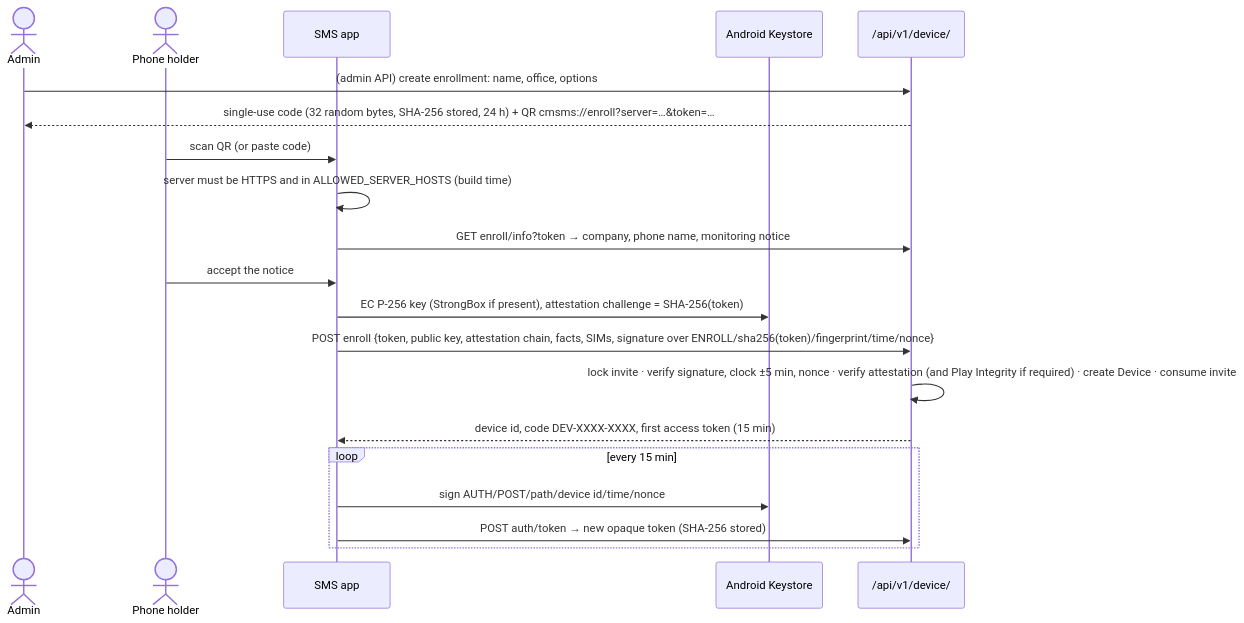
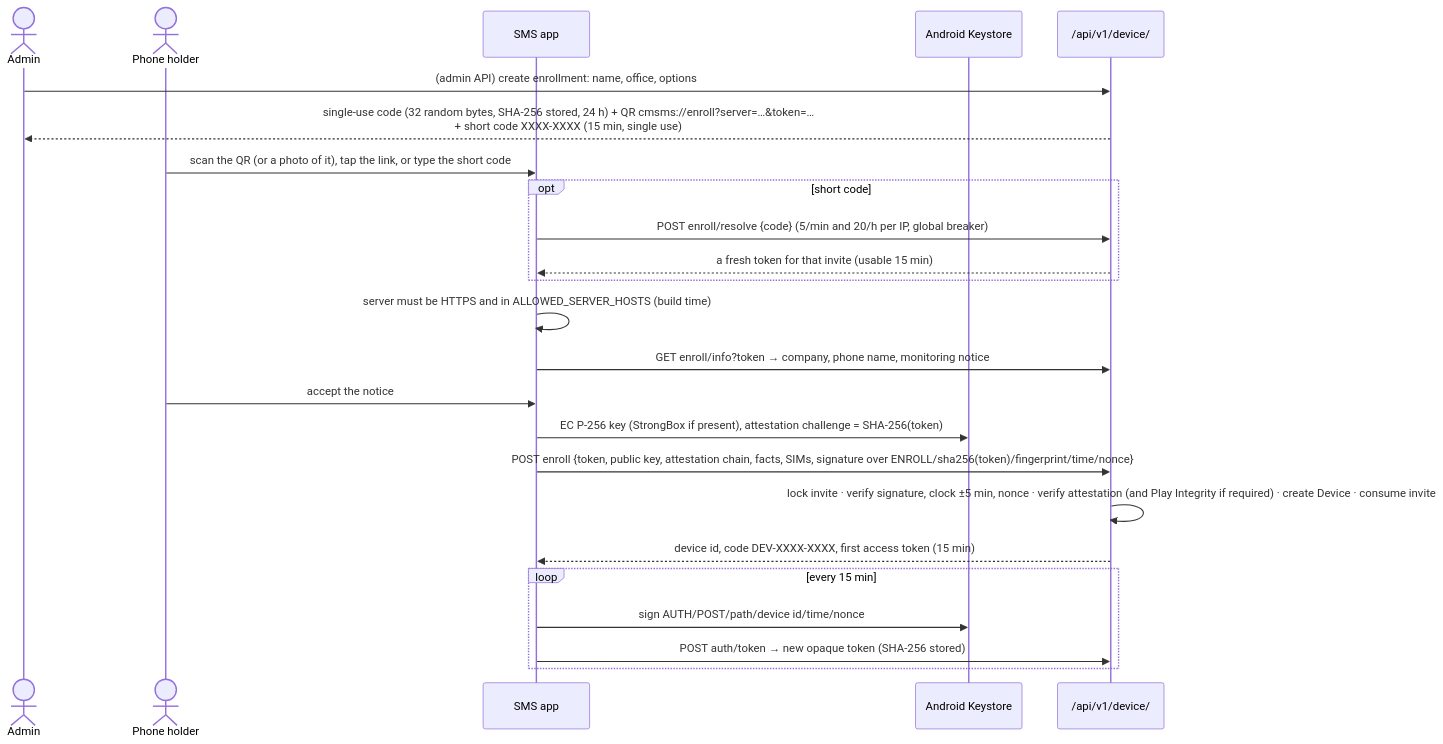
One commit to akilainnocent3/communication-app changed the first of 3 diagrams in docs/sms-mobile.md. Above: the diagram before and after it, drawn with Mermaid. The commit also changed other lines of this file and 3 other files, not shown here.

Commit message:
docs: SMS app background reliability, skins, short codes and decisions 41–56

````diff
--- a/docs/sms-mobile.md
+++ b/docs/sms-mobile.md
@@ -34,22 +34,26 @@
 ```mermaid
 sequenceDiagram
   actor Admin
   actor Holder as Phone holder
   participant App as SMS app
   participant KS as Android Keystore
   participant API as /api/v1/device/
   Admin->>API: (admin API) create enrollment: name, office, options
-  API-->>Admin: single-use code (32 random bytes, SHA-256 stored, 24 h) + QR cmsms://enroll?server=…&token=…
-  Holder->>App: scan QR (or paste code)
+  API-->>Admin: single-use code (32 random bytes, SHA-256 stored, 24 h) + QR cmsms://enroll?server=…&token=…<br/>+ short code XXXX-XXXX (15 min, single use)
+  Holder->>App: scan the QR (or a photo of it), tap the link, or type the short code
+  opt short code
+    App->>API: POST enroll/resolve {code} (5/min and 20/h per IP, global breaker)
+    API-->>App: a fresh token for that invite (usable 15 min)
+  end
   App->>App: server must be HTTPS and in ALLOWED_SERVER_HOSTS (build time)
   App->>API: GET enroll/info?token → company, phone name, monitoring notice
   Holder->>App: accept the notice
   App->>KS: EC P-256 key (StrongBox if present), attestation challenge = SHA-256(token)
   App->>API: POST enroll {token, public key, attestation chain, facts, SIMs, signature over ENROLL/sha256(token)/fingerprint/time/nonce}
   API->>API: lock invite · verify signature, clock ±5 min, nonce · verify attestation (and Play Integrity if required) · create Device · consume invite
   API-->>App: device id, code DEV-XXXX-XXXX, first access token (15 min)
   loop every 15 min
     App->>KS: sign AUTH/POST/path/device id/time/nonce
     App->>API: POST auth/token → new opaque token (SHA-256 stored)
   end
 ```
````
